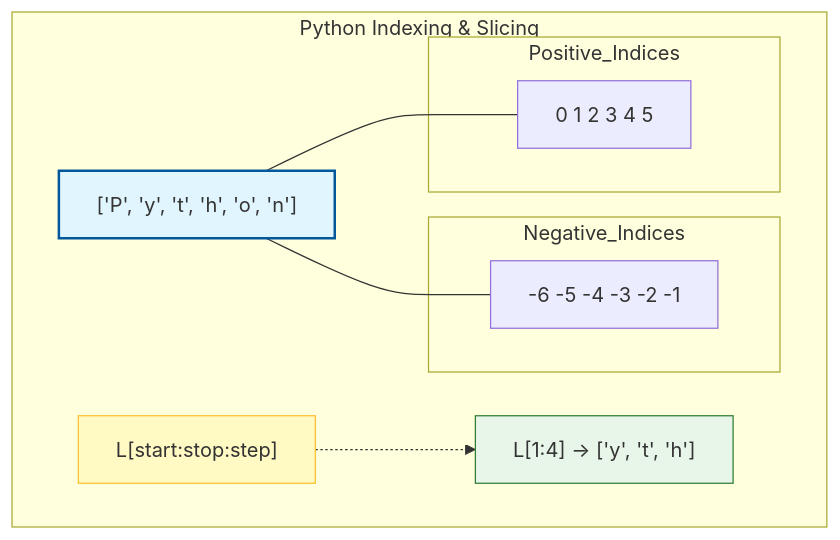
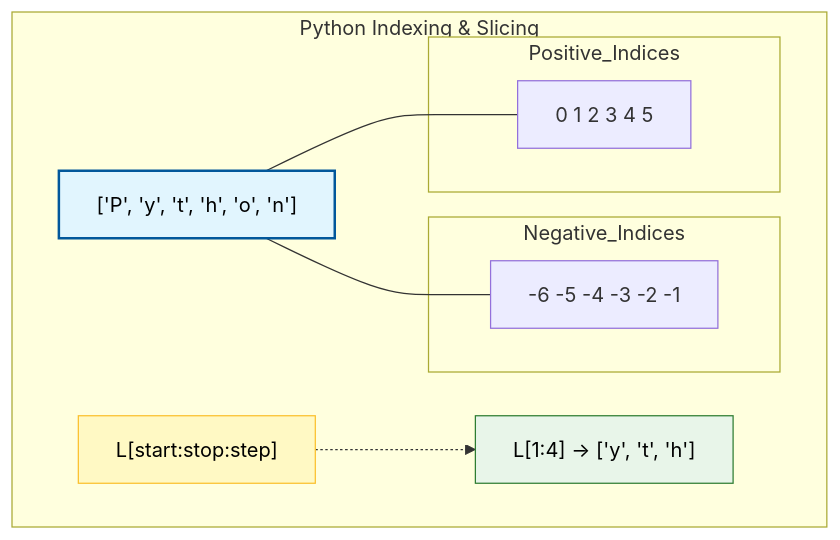
Before and after one commit to AyushSingh360/my-python-notebook: the second of 2 diagrams in 04_Lists/README.md, drawn with Mermaid. The commit also changed other lines of this file and 2 other files, not shown here.

````diff
--- a/04_Lists/README.md
+++ b/04_Lists/README.md
@@ -61,23 +61,23 @@
 ```mermaid
 graph TD
     subgraph "Python Indexing & Slicing"
     direction LR
     List["['P', 'y', 't', 'h', 'o', 'n']"]
     
     subgraph Positive_Indices
     PIM["0  1  2  3  4  5"]
     end
     
     subgraph Negative_Indices
     NIM["-6 -5 -4 -3 -2 -1"]
     end
     
     List --- PIM
     List --- NIM
     
     Slicing["L[start:stop:step]"] -.-> Ex["L[1:4] → ['y', 't', 'h']"]
     end
-    style List fill:#e1f5fe,stroke:#01579b,stroke-width:2px
-    style Slicing fill:#fff9c4,stroke:#fbc02d
-    style Ex fill:#e8f5e9,stroke:#2e7d32
+    style List fill:#e1f5fe,stroke:#01579b,stroke-width:2px,color:#000
+    style Slicing fill:#fff9c4,stroke:#fbc02d,color:#000
+    style Ex fill:#e8f5e9,stroke:#2e7d32,color:#000
 ```
````
